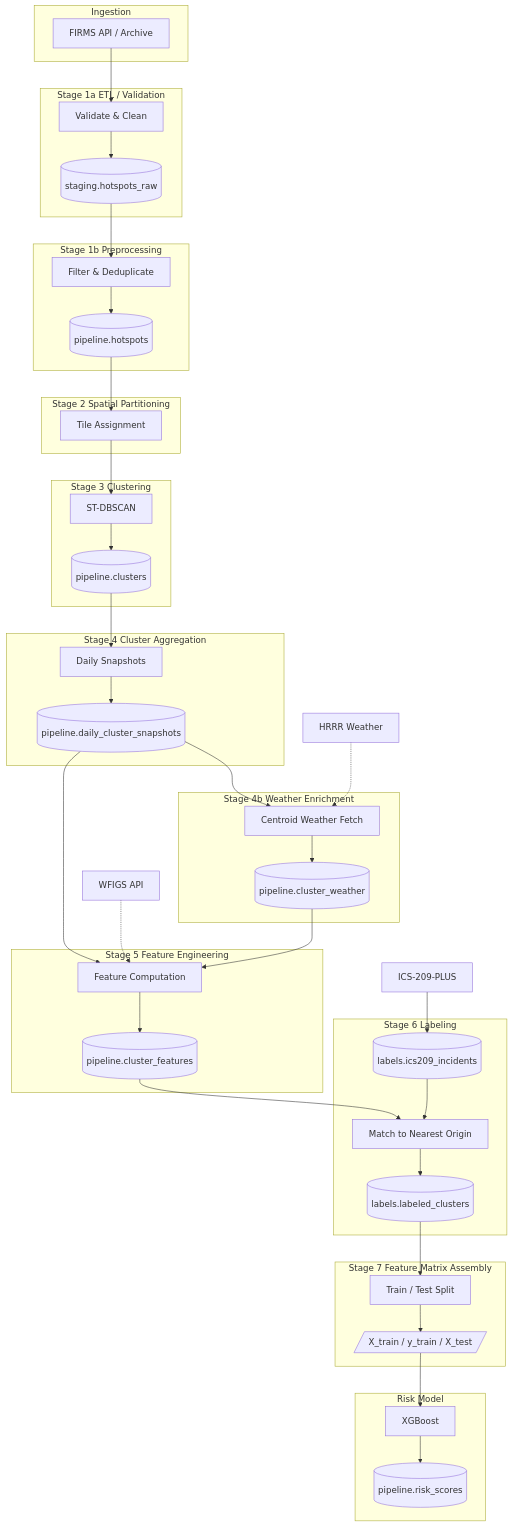
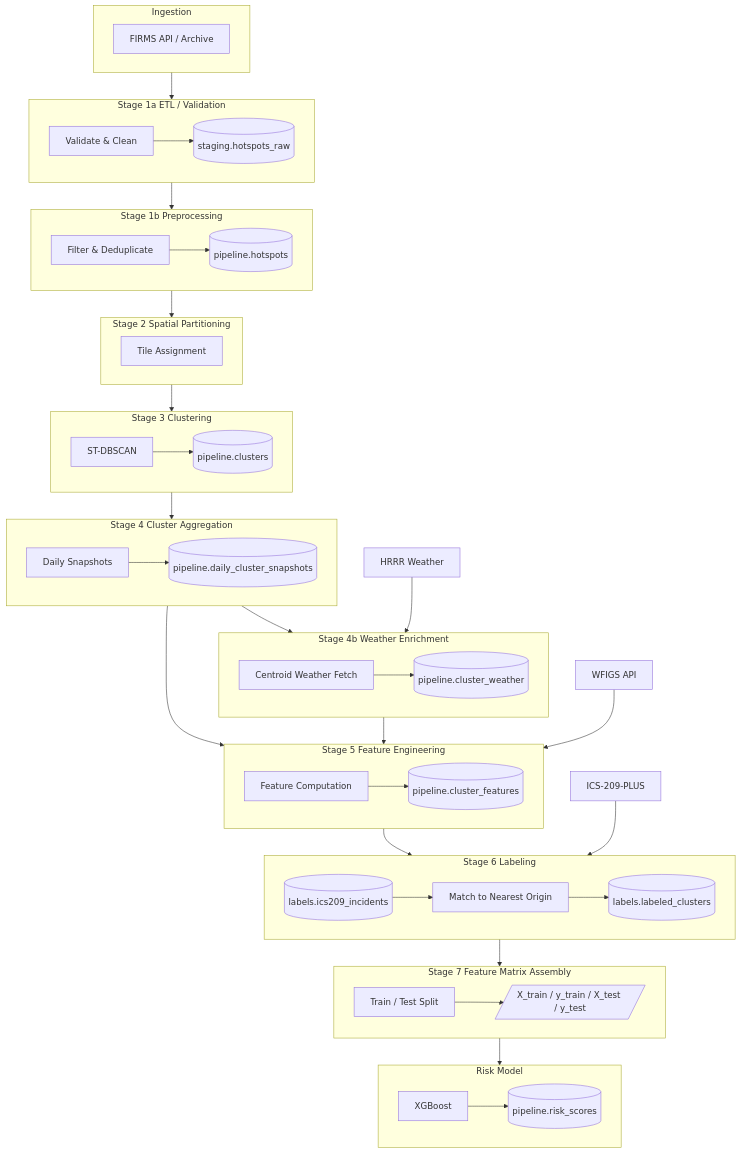
The first of 2 diagrams in planning/architecture.md (pablo-aganza/wildfire_risk_prediction), drawn with Mermaid before and after one commit. The commit also changed other lines of this file, not shown here.

Commit message:
restructuring architecture doc

````diff
--- a/planning/architecture.md
+++ b/planning/architecture.md
@@ -104,82 +30,64 @@
     end
 
     subgraph S1A["Stage 1a ETL / Validation"]
-        PYD["Validate & Clean"]
-        RAWT[("staging.hotspots_raw")]
+        PYD["Validate & Clean"] --> RAWT[("staging.hotspots_raw")]
     end
 
-    subgraph S1B_BOX["Stage 1b Preprocessing"]
-        PREP["Filter & Deduplicate"]
-        HOTS[("pipeline.hotspots")]
+    subgraph S1B["Stage 1b Preprocessing"]
+        PREP["Filter & Deduplicate"] --> HOTS[("pipeline.hotspots")]
     end
 
-    subgraph S2_BOX["Stage 2 Spatial Partitioning"]
+    subgraph S2["Stage 2 Spatial Partitioning"]
         PART["Tile Assignment"]
     end
 
-    subgraph S3_BOX["Stage 3 Clustering"]
-        CLUST_ALGO["ST-DBSCAN"]
-        CLUSTT[("pipeline.clusters")]
+    subgraph S3["Stage 3 Clustering"]
+        CLUST_ALGO["ST-DBSCAN"] --> CLUSTT[("pipeline.clusters")]
     end
 
-    subgraph S4_BOX["Stage 4 Cluster Aggregation"]
-        AGG["Daily Snapshots"]
-        SNAPT[("pipeline.daily_cluster_snapshots")]
+    subgraph S4["Stage 4 Cluster Aggregation"]
+        AGG["Daily Snapshots"] --> SNAPT[("pipeline.daily_cluster_snapshots")]
     end
 
-    WFIGS_IN["WFIGS API"]
-    HRRR_IN["HRRR Weather"]
+    WFIGS["WFIGS API"]
+    HRRR["HRRR Weather"]
 
-    subgraph S4B_BOX["Stage 4b Weather Enrichment"]
-        WEATHER_ALGO["Centroid Weather Fetch"]
-        WEATHERT[("pipeline.cluster_weather")]
+    subgraph S4B["Stage 4b Weather Enrichment"]
+        WEATHER_ALGO["Centroid Weather Fetch"] --> WEATHERT[("pipeline.cluster_weather")]
     end
 
-    subgraph S5_BOX["Stage 5 Feature Engineering"]
-        FEAT_ALGO["Feature Computation"]
-        FEATT[("pipeline.cluster_features")]
+    subgraph S5["Stage 5 Feature Engineering"]
+        FEAT_ALGO["Feature Computation"] --> FEATT[("pipeline.cluster_features")]
     end
 
-    ICS_SRC["ICS-209-PLUS"]
+    ICS["ICS-209-PLUS"]
 
-    subgraph S6_BOX["Stage 6 Labeling"]
-        ICS_TABLE[("labels.ics209_incidents")]
-        LABEL_ALGO["Match to Nearest Origin"]
-        LABT[("labels.labeled_clusters")]
+    subgraph S6["Stage 6 Labeling"]
+        ICS_TABLE[("labels.ics209_incidents")] --> LABEL_ALGO["Match to Nearest Origin"] --> LABT[("labels.labeled_clusters")]
     end
 
-    subgraph S7_BOX["Stage 7 Feature Matrix Assembly"]
-        ASSEM["Train / Test Split"]
-        MATRIX[/"X_train / y_train / X_test"/]
+    subgraph S7["Stage 7 Feature Matrix Assembly"]
+        ASSEM["Train / Test Split"] --> MATRIX[/"X_train / y_train / X_test / y_test"/]
     end
 
-    subgraph PH4["Risk Model"]
-        XGB["XGBoost"]
-        RSCORES[("pipeline.risk_scores")]
+    subgraph RM["Risk Model"]
+        XGB["XGBoost"] --> RSCORES[("pipeline.risk_scores")]
     end
 
-    FIRMS_IN   --> PYD
-    PYD        --> RAWT
-    RAWT       --> PREP
-    PREP       --> HOTS
-    HOTS       --> PART
-    PART       --> CLUST_ALGO
-    CLUST_ALGO --> CLUSTT
-    CLUSTT     --> AGG
-    AGG        --> SNAPT
-    SNAPT      --> WEATHER_ALGO
-    HRRR_IN    -.-> WEATHER_ALGO
-    WEATHER_ALGO --> WEATHERT
-    WEATHERT   --> FEAT_ALGO
-    SNAPT      --> FEAT_ALGO
-    WFIGS_IN   -.-> FEAT_ALGO
-    FEAT_ALGO  --> FEATT
-    ICS_SRC    --> ICS_TABLE
-    FEATT      --> LABEL_ALGO
-    ICS_TABLE  --> LABEL_ALGO
-    LABEL_ALGO --> LABT
-    LABT       --> ASSEM
-    ASSEM      --> MATRIX
-    MATRIX     --> XGB
-    XGB        --> RSCORES
+    INGEST --> S1A
+    S1A --> S1B
+    S1B --> S2
+    S2 --> S3
+    S3 --> S4
+    S4 --> S5
+    S4 --> S4B
+    HRRR --> S4B
+    S4B --> S5
+    WFIGS --> S5
+    S5 --> S6
+    ICS --> S6
+    S6 --> S7
+    S7 --> RM
+
+
 ```
````
